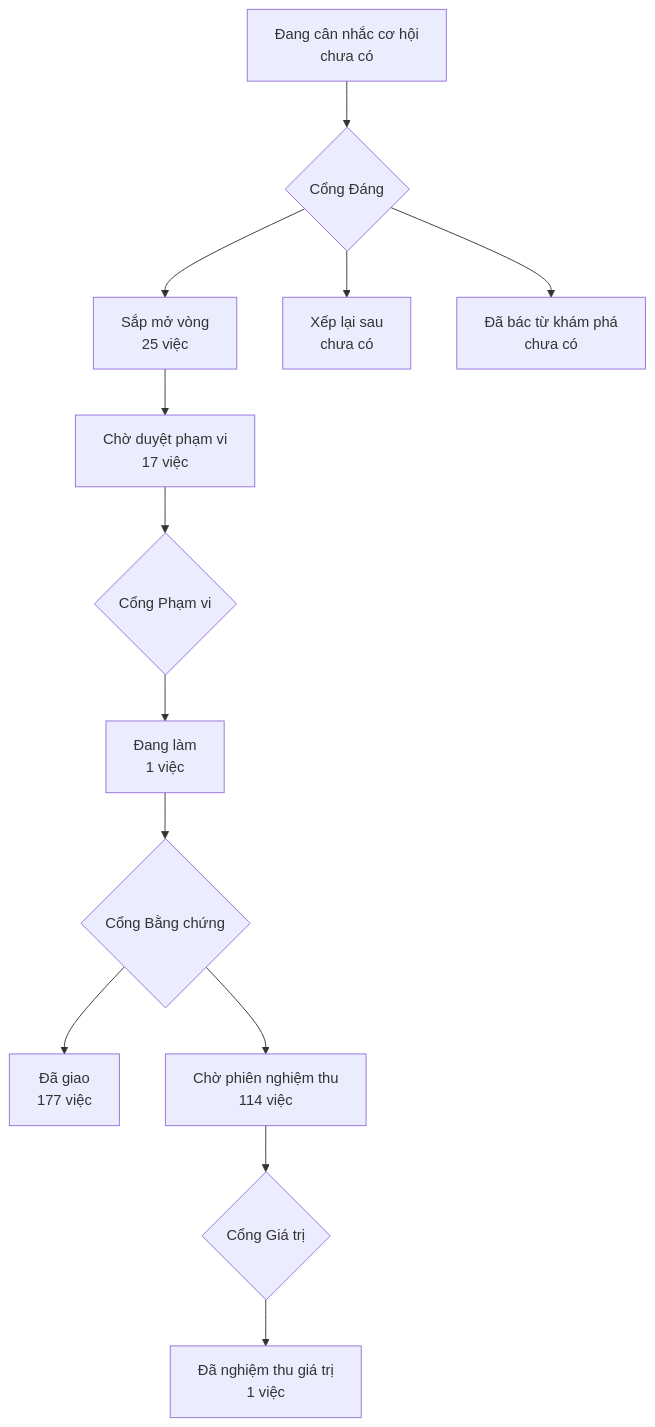
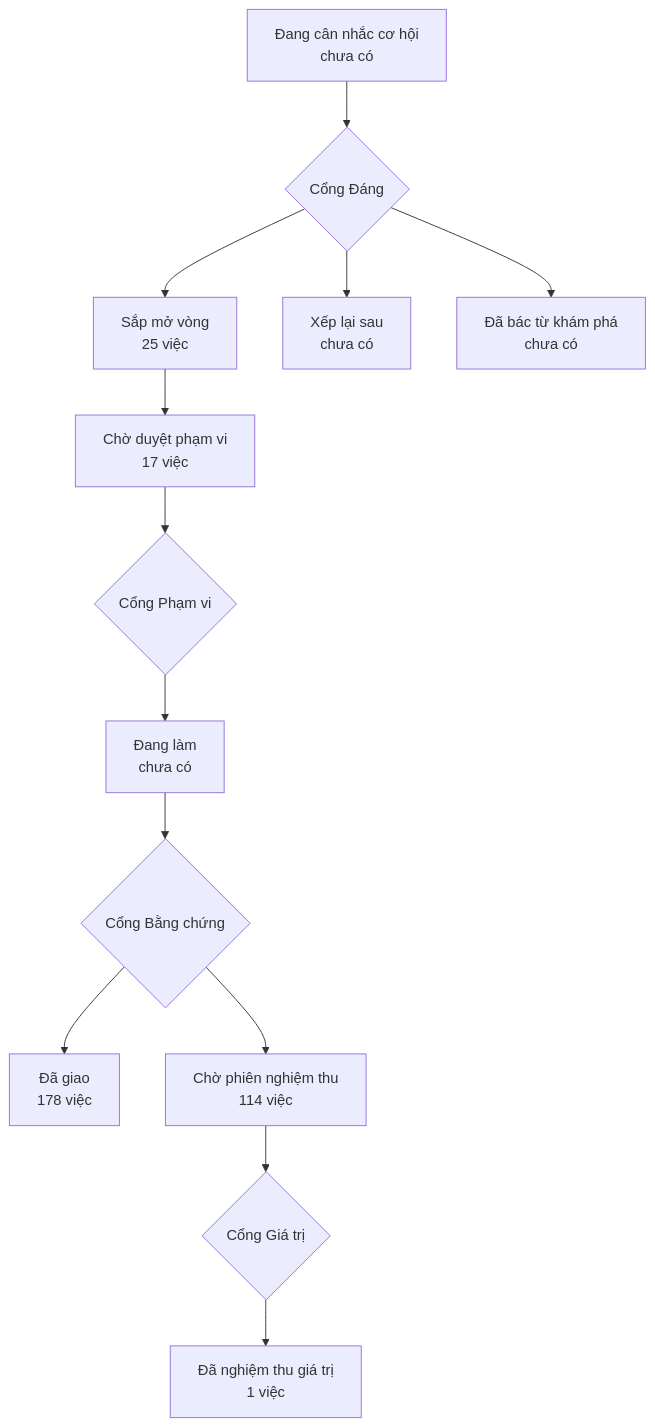
One commit to phanlemanh/onehub-invest changed the diagram in PRODUCT-MAP.md. Above: the diagram before and after it, drawn with Mermaid. The commit also changed other lines of this file and 4 other files, not shown here.

````diff
--- a/PRODUCT-MAP.md
+++ b/PRODUCT-MAP.md
@@ -7,12 +7,12 @@
 ```mermaid
 flowchart TD
   A["Đang cân nhắc cơ hội<br/>chưa có"] --> GD{"Cổng Đáng"}
   GD --> B["Sắp mở vòng<br/>25 việc"]
   GD --> XL["Xếp lại sau<br/>chưa có"]
   GD --> DB["Đã bác từ khám phá<br/>chưa có"]
   B --> CD["Chờ duyệt phạm vi<br/>17 việc"] --> GP{"Cổng Phạm vi"}
-  GP --> DL["Đang làm<br/>1 việc"] --> GB{"Cổng Bằng chứng"}
-  GB --> DG["Đã giao<br/>177 việc"]
+  GP --> DL["Đang làm<br/>chưa có"] --> GB{"Cổng Bằng chứng"}
+  GB --> DG["Đã giao<br/>178 việc"]
   GB --> CN["Chờ phiên nghiệm thu<br/>114 việc"] --> GG{"Cổng Giá trị"}
   GG --> NT["Đã nghiệm thu giá trị<br/>1 việc"]
 ```
````
